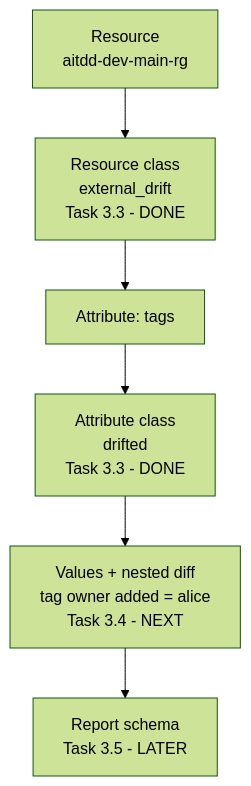
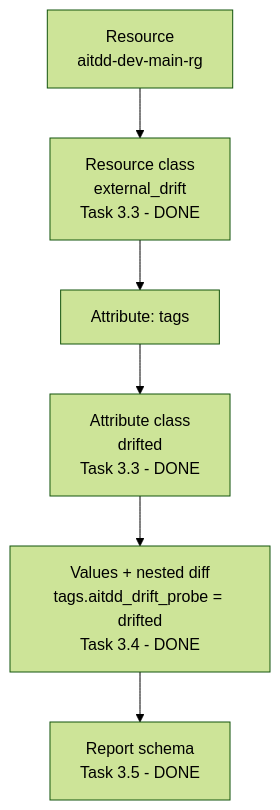
The ninth of 11 diagrams in docs/MASTER_PROJECT_GUIDE.md (HarshAgarwal1102/ai-terraform-drift-detector), drawn with Mermaid (forest theme) before and after one commit. The commit also changed other lines of this file and 3 other files, not shown here.

````diff
--- a/docs/MASTER_PROJECT_GUIDE.md
+++ b/docs/MASTER_PROJECT_GUIDE.md
@@ -1034,8 +1066,8 @@
 ```mermaid
 flowchart TD
     RES["Resource<br/>aitdd-dev-main-rg"] --> RC["Resource class<br/>external_drift<br/>Task 3.3 - DONE"]
     RC --> ATT["Attribute: tags"]
     ATT --> AC["Attribute class<br/>drifted<br/>Task 3.3 - DONE"]
-    AC --> VAL["Values + nested diff<br/>tag owner added = alice<br/>Task 3.4 - NEXT"]
-    VAL --> REP["Report schema<br/>Task 3.5 - LATER"]
+    AC --> VAL["Values + nested diff<br/>tags.aitdd_drift_probe = drifted<br/>Task 3.4 - DONE"]
+    VAL --> REP["Report schema<br/>Task 3.5 - DONE"]
 ```
````
